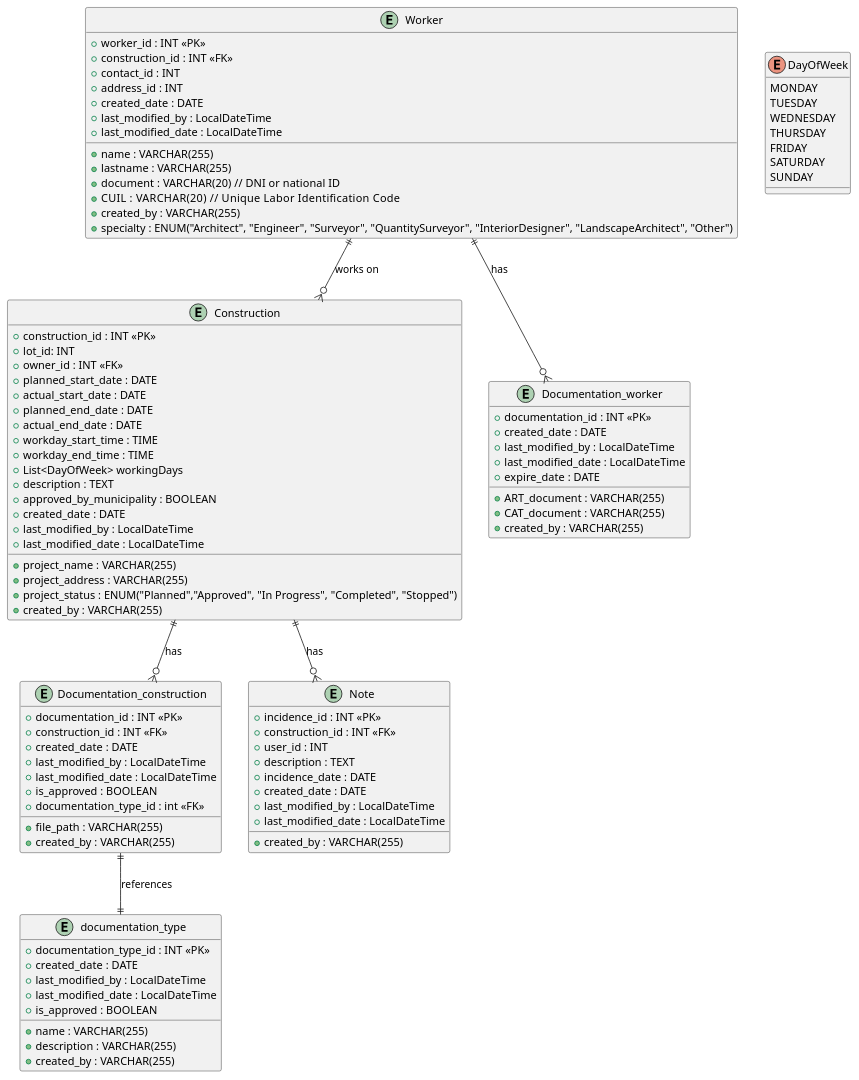
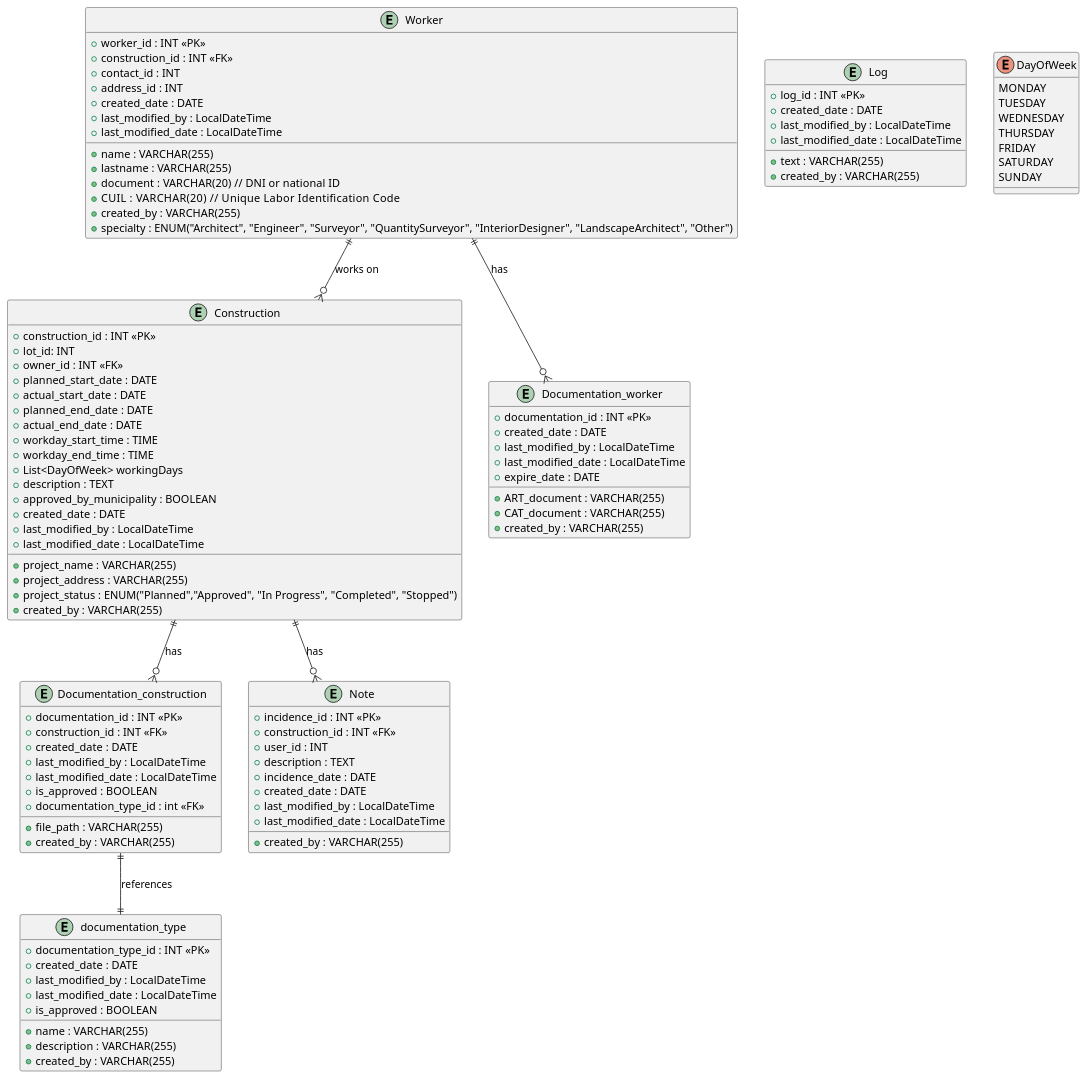
The diagram in docs/app_doc/diagrams/entities/entities.puml (406021-GAUFFIN/public-constructions), drawn with PlantUML before and after one commit.

Commit message:
added log table to diagram

```diff
--- a/docs/app_doc/diagrams/entities/entities.puml
+++ b/docs/app_doc/diagrams/entities/entities.puml
@@ -1,108 +1,117 @@
 @startuml
 
 entity "Construction" as construction {
   + construction_id : INT <<PK>>
   + project_name : VARCHAR(255)
   + project_address : VARCHAR(255)
   + lot_id: INT
   + owner_id : INT <<FK>>
   + planned_start_date : DATE
   + actual_start_date : DATE
   + planned_end_date : DATE
   + actual_end_date : DATE
   + project_status : ENUM("Planned","Approved", "In Progress", "Completed", "Stopped")
   + workday_start_time : TIME
   + workday_end_time : TIME
   + List<DayOfWeek> workingDays
   + description : TEXT
   + approved_by_municipality : BOOLEAN
   + created_by : VARCHAR(255)
   + created_date : DATE
   + last_modified_by : LocalDateTime
   + last_modified_date : LocalDateTime
 }
 
 entity "Documentation_construction" as documentation {
   + documentation_id : INT <<PK>>
   + construction_id : INT <<FK>>
   + file_path : VARCHAR(255)
   + created_by : VARCHAR(255)
   + created_date : DATE
   + last_modified_by : LocalDateTime
   + last_modified_date : LocalDateTime
   + is_approved : BOOLEAN
   + documentation_type_id : int <<FK>>
+}
+entity "Log" as log {
+  + log_id : INT <<PK>>
+  + text : VARCHAR(255)
+  + created_by : VARCHAR(255)
+  + created_date : DATE
+  + last_modified_by : LocalDateTime
+  + last_modified_date : LocalDateTime
+
 }
 
 entity "documentation_type" as documentation_type {
   + documentation_type_id : INT <<PK>>
   + name : VARCHAR(255)
   + description : VARCHAR(255)
   + created_by : VARCHAR(255)
   + created_date : DATE
   + last_modified_by : LocalDateTime
   + last_modified_date : LocalDateTime
   + is_approved : BOOLEAN
 
 }
 
 
 
 entity "Documentation_worker" as documentation_worker {
   + documentation_id : INT <<PK>>
   + ART_document : VARCHAR(255)
   + CAT_document : VARCHAR(255)
   + created_by : VARCHAR(255)
   + created_date : DATE
   + last_modified_by : LocalDateTime
   + last_modified_date : LocalDateTime
   + expire_date : DATE
 }
 
 entity "Worker" as worker {
   + worker_id : INT <<PK>>
   + construction_id : INT <<FK>>
   + name : VARCHAR(255)
   + lastname : VARCHAR(255)
   + document : VARCHAR(20)  // DNI or national ID
   + CUIL : VARCHAR(20)      // Unique Labor Identification Code
   + contact_id : INT
   + address_id : INT
   + created_by : VARCHAR(255)
   + created_date : DATE
   + last_modified_by : LocalDateTime
   + last_modified_date : LocalDateTime
   + specialty : ENUM("Architect", "Engineer", "Surveyor", "QuantitySurveyor", "InteriorDesigner", "LandscapeArchitect", "Other")
 }
 
 
 
 enum DayOfWeek {
   MONDAY
   TUESDAY
   WEDNESDAY
   THURSDAY
   FRIDAY
   SATURDAY
   SUNDAY
 }
 
 entity "Note" as Note {
   + incidence_id : INT <<PK>>
   + construction_id : INT <<FK>>
   + user_id : INT
   + description : TEXT
   + incidence_date : DATE
   + created_by : VARCHAR(255)
   + created_date : DATE
   + last_modified_by : LocalDateTime
   + last_modified_date : LocalDateTime
 }
 worker ||--o{ documentation_worker : "has"
 construction ||--o{ Note : "has"
 construction ||--o{ documentation : "has"
 worker ||--o{ construction : "works on"
 documentation ||--|| documentation_type : "references"
 
 
 @enduml
```
